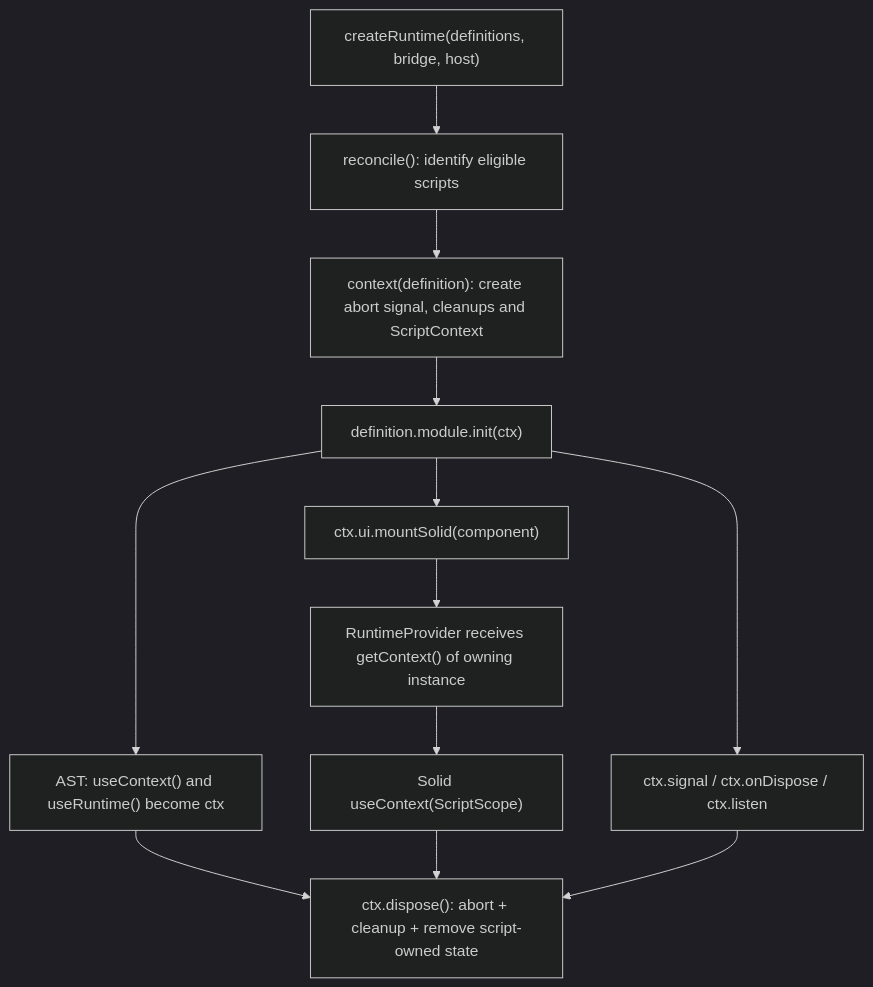
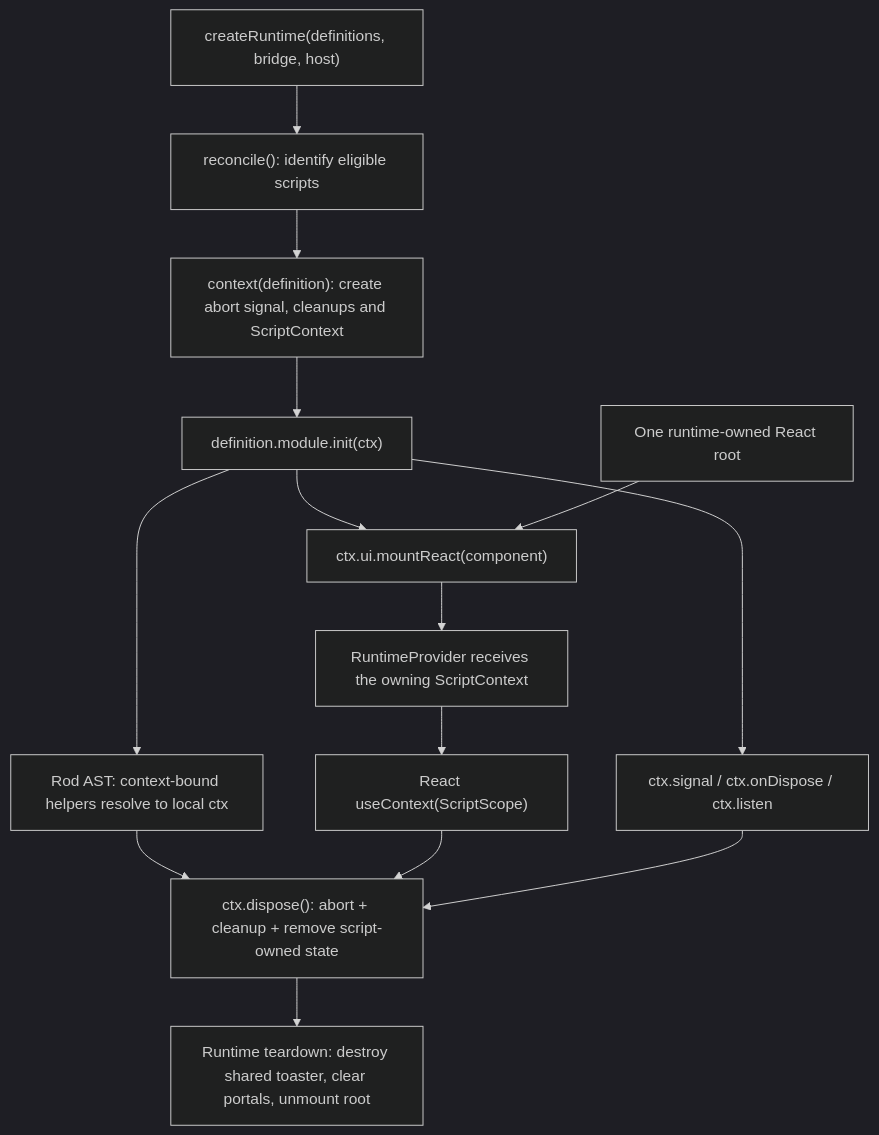
Before and after one commit to rodkisten/userscripts-cf: the first of 2 diagrams in docs/context-and-optimization.md, drawn with Mermaid (dark theme). The commit also changed other lines of this file, not shown here.

Commit message:
docs(runtime): document React root and shared toaster teardown ownership

````diff
--- a/docs/context-and-optimization.md
+++ b/docs/context-and-optimization.md
@@ -9,14 +9,16 @@
 ```mermaid
 flowchart TD
     A["createRuntime(definitions, bridge, host)"] --> B["reconcile(): identify eligible scripts"]
     B --> C["context(definition): create abort signal, cleanups and ScriptContext"]
     C --> D["definition.module.init(ctx)"]
-    D --> E["AST: useContext() and useRuntime() become ctx"]
-    D --> F["ctx.ui.mountSolid(component)"]
-    F --> G["RuntimeProvider receives getContext() of owning instance"]
-    G --> H["Solid useContext(ScriptScope)"]
+    D --> E["Rod AST: context-bound helpers resolve to local ctx"]
+    D --> F["ctx.ui.mountReact(component)"]
+    F --> G["RuntimeProvider receives the owning ScriptContext"]
+    G --> H["React useContext(ScriptScope)"]
     D --> I["ctx.signal / ctx.onDispose / ctx.listen"]
     E --> J["ctx.dispose(): abort + cleanup + remove script-owned state"]
     H --> J
     I --> J
+    R["One runtime-owned React root"] --> F
+    J --> K["Runtime teardown: destroy shared toaster, clear portals, unmount root"]
 ```
````
